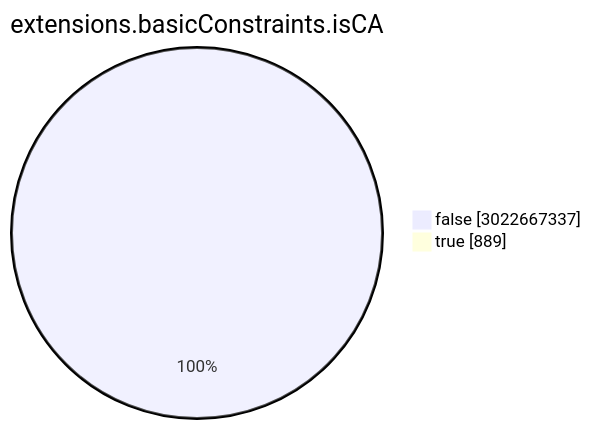
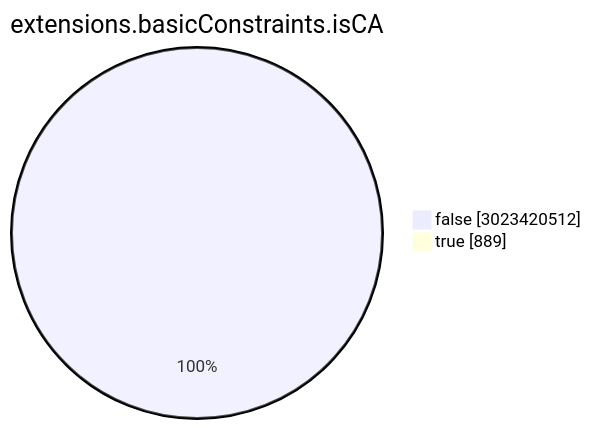
One commit to christiankrug/ctmonitor_visualization changed the seventh of 15 diagrams in TOTAL/README.md. Above: the diagram before and after it, drawn with Mermaid. The commit also changed other lines of this file, not shown here.

````diff
--- a/TOTAL/README.md
+++ b/TOTAL/README.md
@@ -3085,6 +3085,6 @@
 ```mermaid
 pie showData
 title extensions.basicConstraints.isCA
-"false" :3022667337
+"false" :3023420512
 "true" :889
 ```
````
